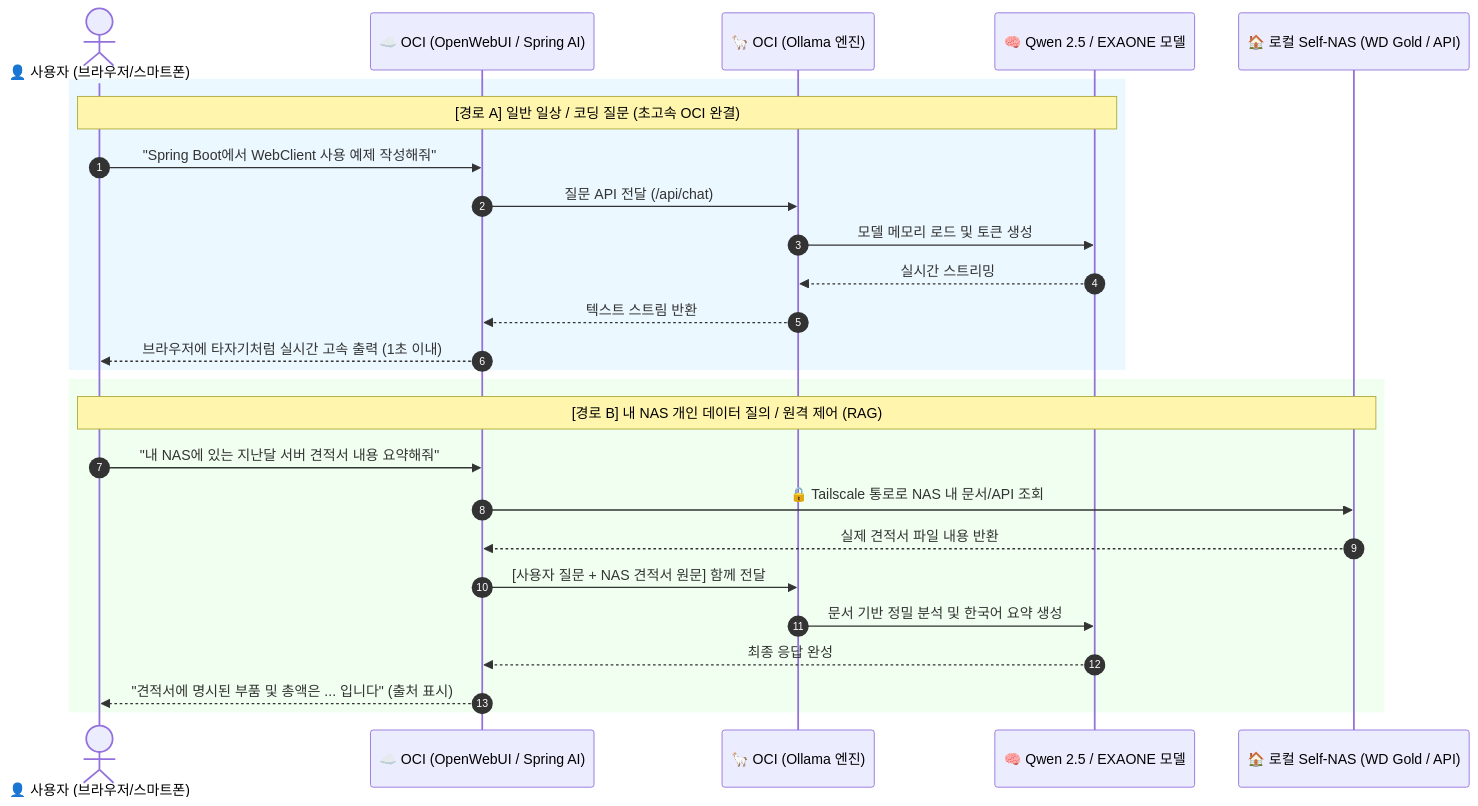
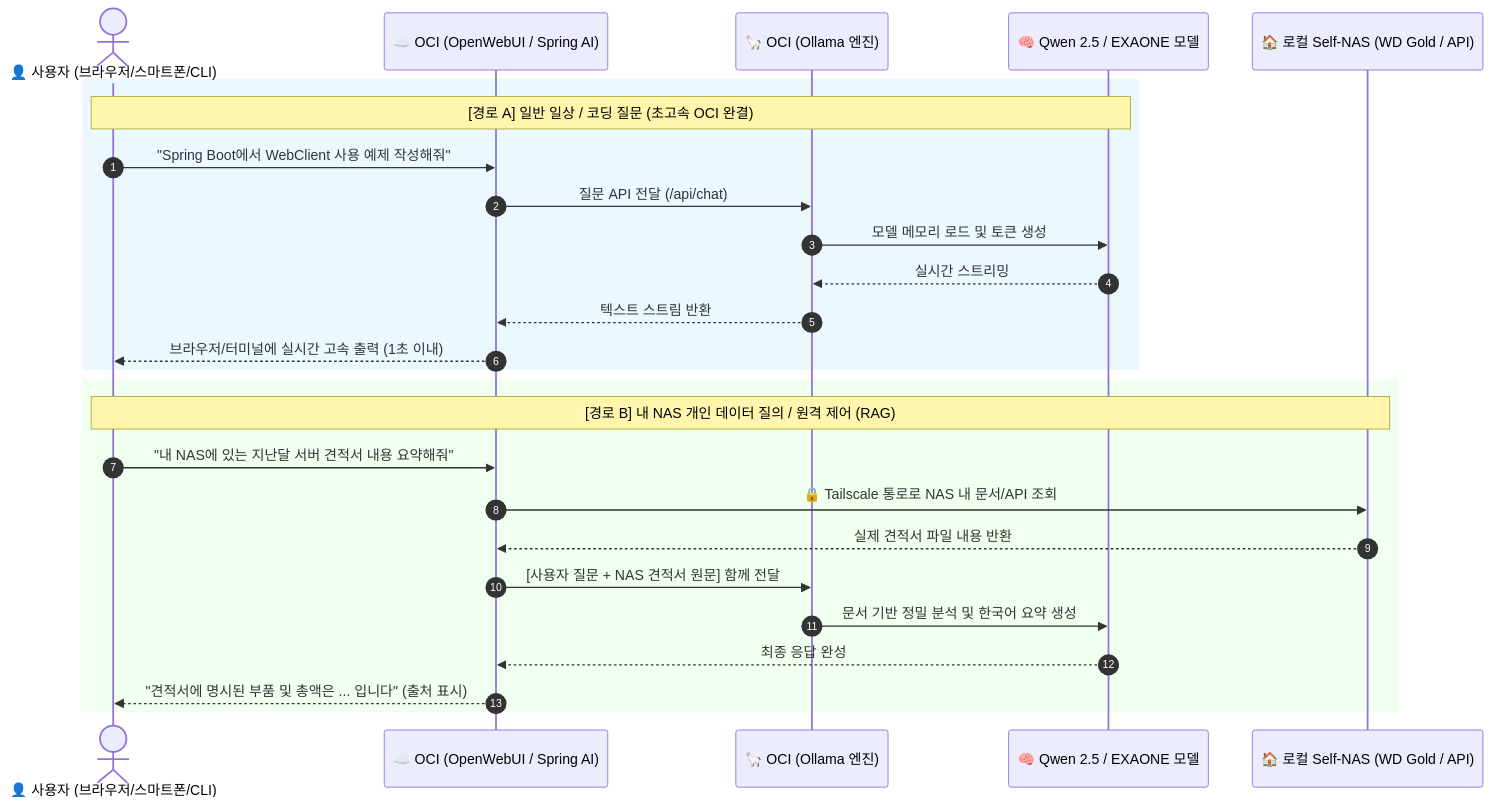
Before and after one commit to waceh/nas: the second of 2 diagrams in self-nas/docs/97_oci_hybrid_ai_service_and_ollama_architecture.md, drawn with Mermaid. The commit also changed other lines of this file, not shown here.

Commit message:
docs: enrich 97 guide with minecraft co-existence, pgvector vs qdrant, and cli usage

````diff
--- a/self-nas/docs/97_oci_hybrid_ai_service_and_ollama_architecture.md
+++ b/self-nas/docs/97_oci_hybrid_ai_service_and_ollama_architecture.md
@@ -94,32 +136,32 @@
 ```mermaid
 sequenceDiagram
     autonumber
-    actor User as 👤 사용자 (브라우저/스마트폰)
+    actor User as 👤 사용자 (브라우저/스마트폰/CLI)
     participant OCI_Web as ☁️ OCI (OpenWebUI / Spring AI)
     participant Ollama as 🦙 OCI (Ollama 엔진)
     participant Model as 🧠 Qwen 2.5 / EXAONE 모델
     participant NAS as 🏠 로컬 Self-NAS (WD Gold / API)
 
     %% Flow 1: 일반 대화
     rect rgb(235, 248, 255)
     Note over User, Model: [경로 A] 일반 일상 / 코딩 질문 (초고속 OCI 완결)
     User->>OCI_Web: "Spring Boot에서 WebClient 사용 예제 작성해줘"
     OCI_Web->>Ollama: 질문 API 전달 (/api/chat)
     Ollama->>Model: 모델 메모리 로드 및 토큰 생성
     Model-->>Ollama: 실시간 스트리밍
     Ollama-->>OCI_Web: 텍스트 스트림 반환
-    OCI_Web-->>User: 브라우저에 타자기처럼 실시간 고속 출력 (1초 이내)
+    OCI_Web-->>User: 브라우저/터미널에 실시간 고속 출력 (1초 이내)
     end
 
     %% Flow 2: 내 NAS 데이터 연동 (RAG / 제어)
     rect rgb(240, 255, 240)
     Note over User, NAS: [경로 B] 내 NAS 개인 데이터 질의 / 원격 제어 (RAG)
     User->>OCI_Web: "내 NAS에 있는 지난달 서버 견적서 내용 요약해줘"
     OCI_Web->>NAS: 🔒 Tailscale 통로로 NAS 내 문서/API 조회
     NAS-->>OCI_Web: 실제 견적서 파일 내용 반환
     OCI_Web->>Ollama: [사용자 질문 + NAS 견적서 원문] 함께 전달
     Ollama->>Model: 문서 기반 정밀 분석 및 한국어 요약 생성
     Model-->>OCI_Web: 최종 응답 완성
     OCI_Web-->>User: "견적서에 명시된 부품 및 총액은 ... 입니다" (출처 표시)
     end
 ```
````
